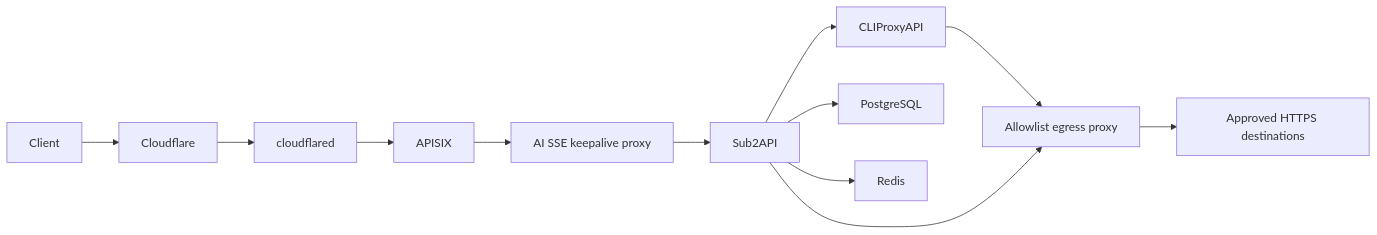
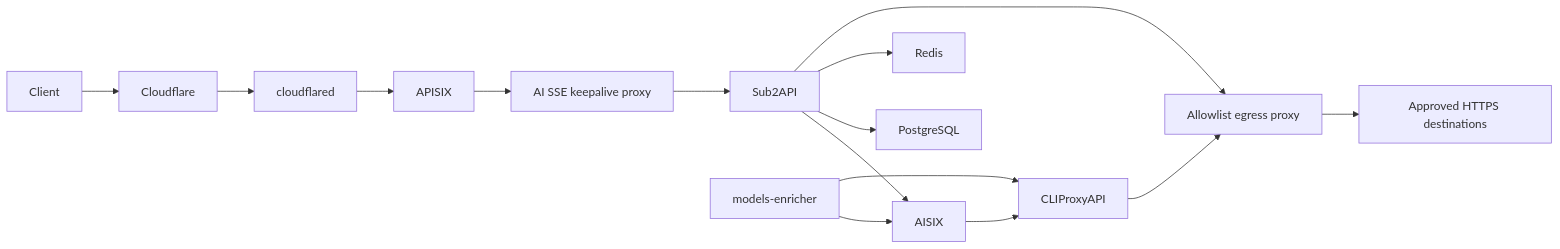
The diagram in README.md (xz-dev/AI-gateway), drawn with Mermaid before and after one commit. The commit also changed other lines of this file and 32 other files, not shown here.

````diff
--- a/README.md
+++ b/README.md
@@ -12,14 +12,17 @@
 ```mermaid
 flowchart LR
   Client --> Cloudflare
   Cloudflare --> cloudflared
   cloudflared --> APISIX
   APISIX --> Keepalive[AI SSE keepalive proxy]
   Keepalive --> Sub2API
-  Sub2API --> CPA[CLIProxyAPI]
+  Sub2API --> AISIX
+  AISIX --> CPA[CLIProxyAPI]
+  Enricher[models-enricher] --> AISIX
+  Enricher --> CPA
   Sub2API --> PostgreSQL
   Sub2API --> Redis
   CPA --> Proxy[Allowlist egress proxy]
   Sub2API --> Proxy
   Proxy --> Providers[Approved HTTPS destinations]
 ```
````
